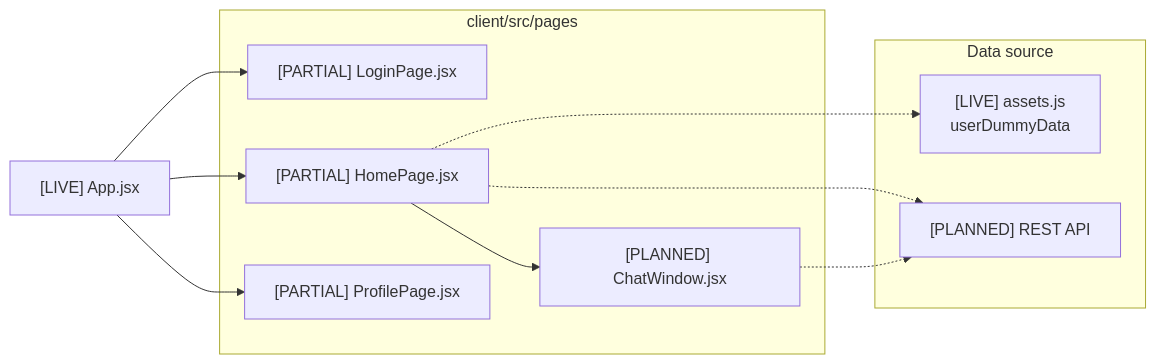
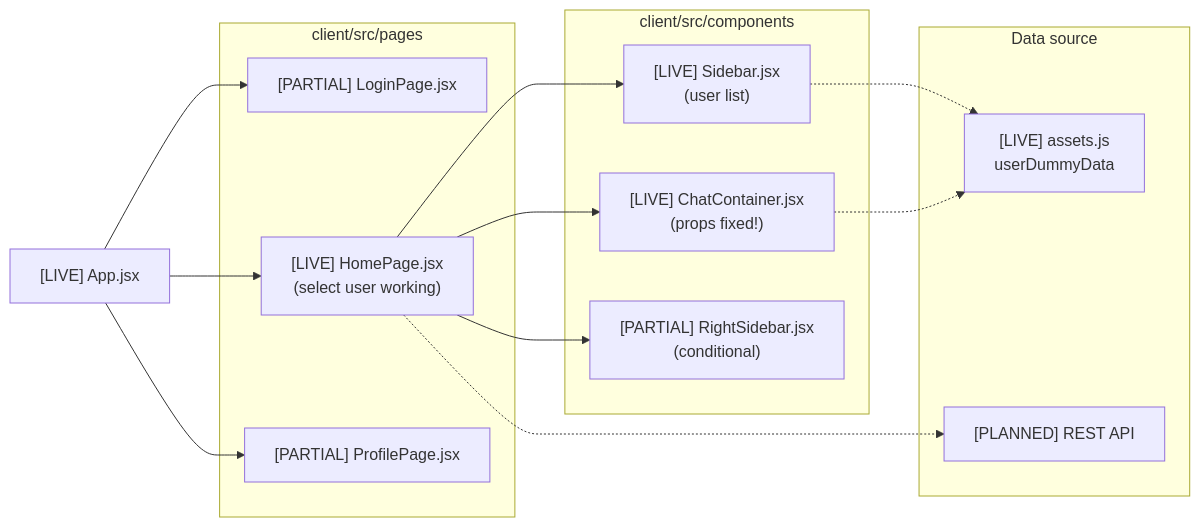
One commit to HxWildE/ChatApp changed the second of 6 diagrams in docs/architecture/chat-app-working.md. Above: the diagram before and after it, drawn with Mermaid. The commit also changed other lines of this file and 6 other files, not shown here.

````diff
--- a/docs/architecture/chat-app-working.md
+++ b/docs/architecture/chat-app-working.md
@@ -58,23 +64,31 @@
 ```mermaid
 flowchart LR
     subgraph pages [client/src/pages]
         LP["[PARTIAL] LoginPage.jsx"]
-        HP["[PARTIAL] HomePage.jsx"]
+        HP["[LIVE] HomePage.jsx\n(select user working)"]
         PP["[PARTIAL] ProfilePage.jsx"]
-        CW["[PLANNED] ChatWindow.jsx"]
+    end
+
+    subgraph comp [client/src/components]
+        SB["[LIVE] Sidebar.jsx\n(user list)"]
+        CC["[LIVE] ChatContainer.jsx\n(props fixed!)"]
+        RS["[PARTIAL] RightSidebar.jsx\n(conditional)"]
     end
 
     App["[LIVE] App.jsx"] --> LP
     App --> HP
     App --> PP
-    HP --> CW
+    
+    HP --> SB
+    HP --> CC
+    HP --> RS
 
     subgraph data [Data source]
         Dummy["[LIVE] assets.js\nuserDummyData"]
         API["[PLANNED] REST API"]
     end
 
-    HP -.-> Dummy
+    SB -.-> Dummy
+    CC -.-> Dummy
     HP -.-> API
-    CW -.-> API
 ```
````
